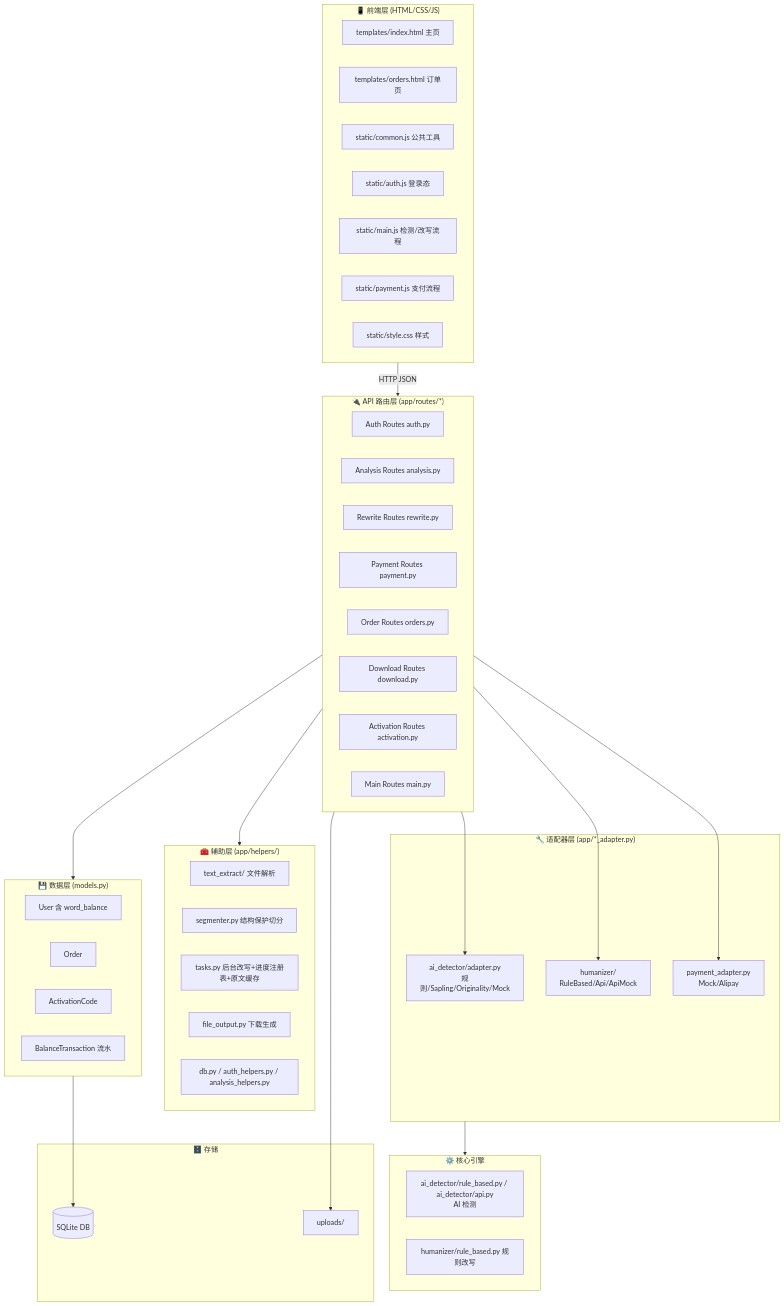
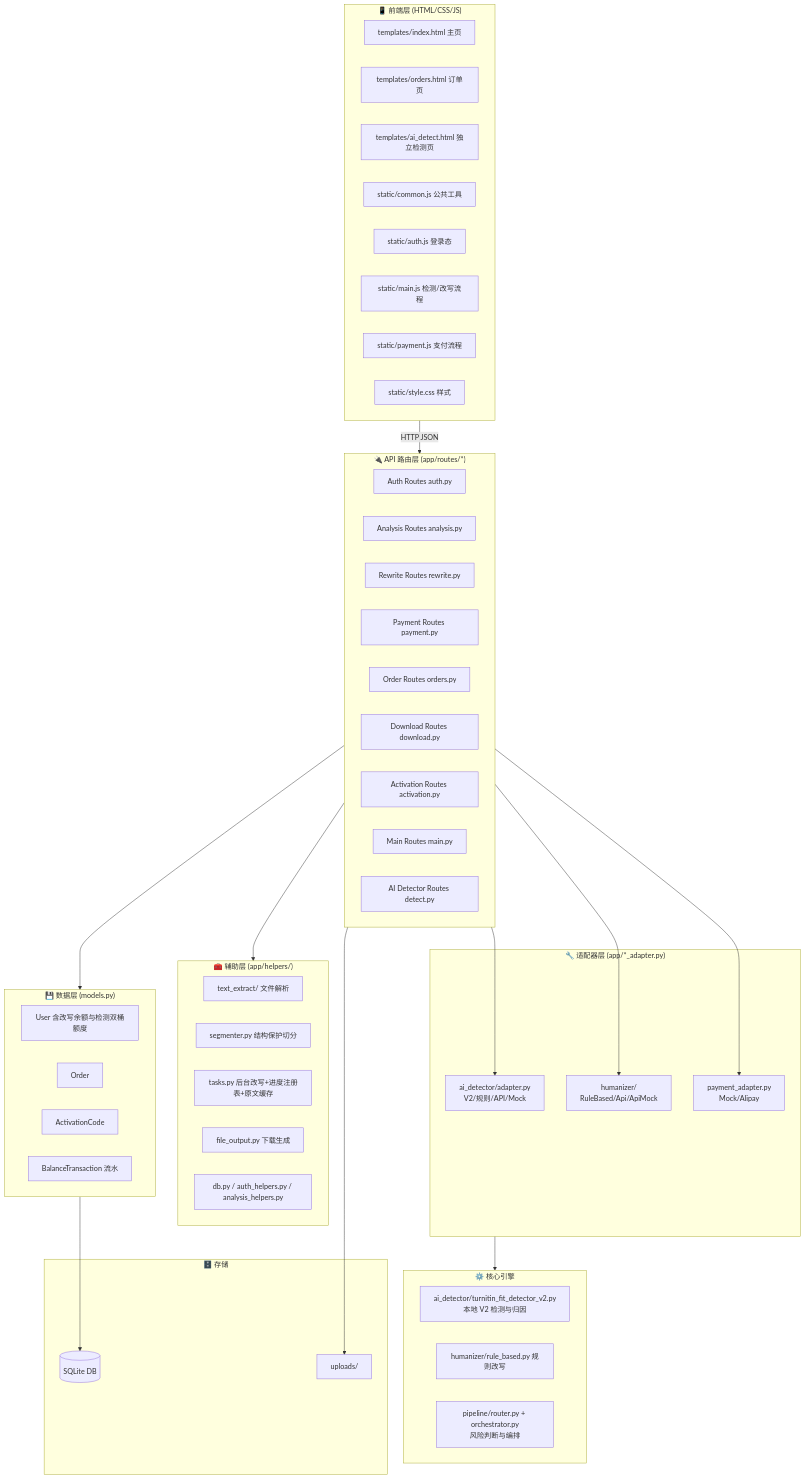
The second of 12 diagrams in docs/技术方案.md (ipengai/aigc-humanizer-en), drawn with Mermaid before and after one commit. The commit also changed other lines of this file and 68 other files, not shown here.

````diff
--- a/docs/技术方案.md
+++ b/docs/技术方案.md
@@ -68,64 +72,67 @@
 ```mermaid
 flowchart TB
     subgraph Frontend["📱 前端层 (HTML/CSS/JS)"]
         A[templates/index.html 主页]
         B[templates/orders.html 订单页]
+        B2[templates/ai_detect.html 独立检测页]
         C[static/common.js 公共工具]
         D[static/auth.js 登录态]
         E[static/main.js 检测/改写流程]
         F[static/payment.js 支付流程]
         G[static/style.css 样式]
     end
 
     subgraph API["🔌 API 路由层 (app/routes/*)"]
         H[Auth Routes auth.py]
         I[Analysis Routes analysis.py]
         J[Rewrite Routes rewrite.py]
         K[Payment Routes payment.py]
         L[Order Routes orders.py]
         M[Download Routes download.py]
         N[Activation Routes activation.py]
         O[Main Routes main.py]
+        O2[AI Detector Routes detect.py]
     end
 
     subgraph Adapter["🔧 适配器层 (app/*_adapter.py)"]
-        P[ai_detector/adapter.py<br>规则/Sapling/Originality/Mock]
+        P[ai_detector/adapter.py<br>V2/规则/API/Mock]
         Q[humanizer/<br>RuleBased/Api/ApiMock]
         R[payment_adapter.py<br>Mock/Alipay]
     end
 
     subgraph Helper["🧰 辅助层 (app/helpers/)"]
         S[text_extract/ 文件解析]
         T[segmenter.py 结构保护切分]
         U[tasks.py 后台改写+进度注册表+原文缓存]
         V[file_output.py 下载生成]
         W[db.py / auth_helpers.py / analysis_helpers.py]
     end
 
     subgraph Core["⚙️ 核心引擎"]
-        X[ai_detector/rule_based.py / ai_detector/api.py<br>AI 检测]
+        X[ai_detector/turnitin_fit_detector_v2.py<br>本地 V2 检测与归因]
         Y[humanizer/rule_based.py 规则改写]
+        Y2[pipeline/router.py + orchestrator.py<br>风险判断与编排]
     end
 
     subgraph Data["💾 数据层 (models.py)"]
-        Z[User 含 word_balance]
+        Z[User 含改写余额与检测双桶额度]
         AA[Order]
         AB[ActivationCode]
         AC[BalanceTransaction 流水]
     end
 
     subgraph Storage["🗄️ 存储"]
         AD[(SQLite DB)]
         AE[uploads/]
     end
 
     Frontend -->|HTTP JSON| API
     API --> P
     API --> Q
     API --> R
     API --> Helper
     API --> Data
     Adapter --> Core
     Data --> AD
     API --> AE
 ```
````
